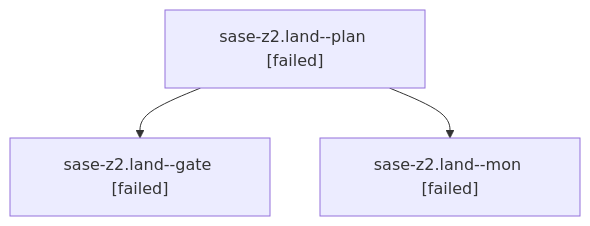
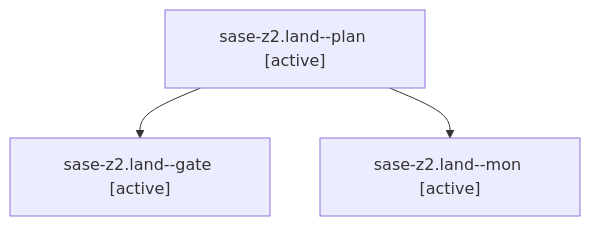
One commit to sase-org/sase--agents changed the diagram in families/bbugyi200.athena.sase-z2.land.md. Above: the diagram before and after it, drawn with Mermaid. The commit also changed other lines of this file and 35830 other files, not shown here.

````diff
--- a/families/bbugyi200.athena.sase-z2.land.md
+++ b/families/bbugyi200.athena.sase-z2.land.md
@@ -9,8 +9,8 @@
 ```mermaid
 flowchart TD
-  n0["sase-z2.land--plan [failed]"]
-  n1["sase-z2.land--gate [failed]"]
+  n0["sase-z2.land--plan [active]"]
+  n1["sase-z2.land--gate [active]"]
   n0 --> n1
-  n2["sase-z2.land--mon [failed]"]
+  n2["sase-z2.land--mon [active]"]
   n0 --> n2
 ```
````
